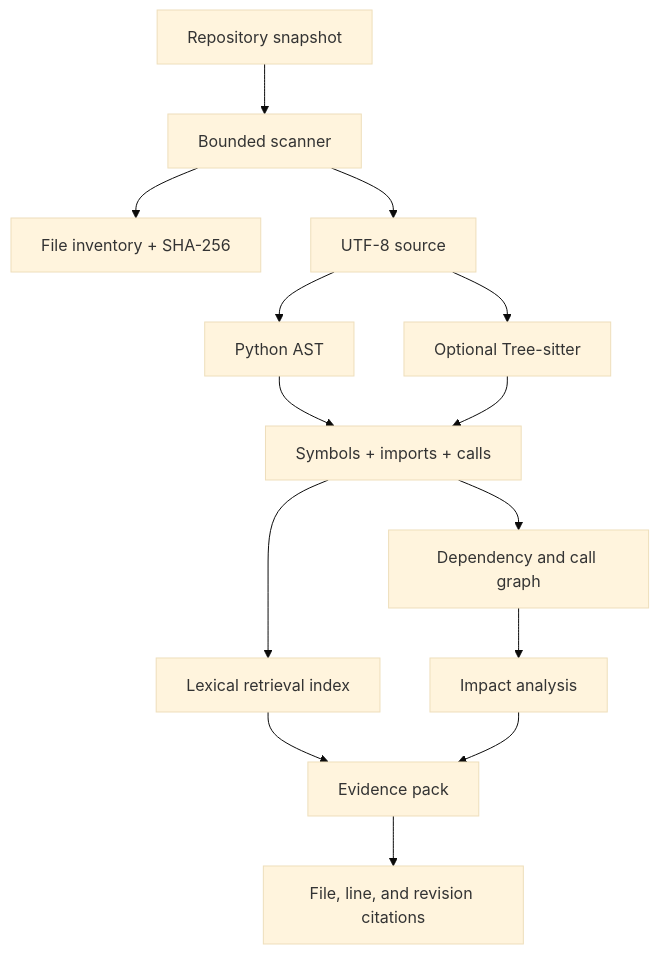
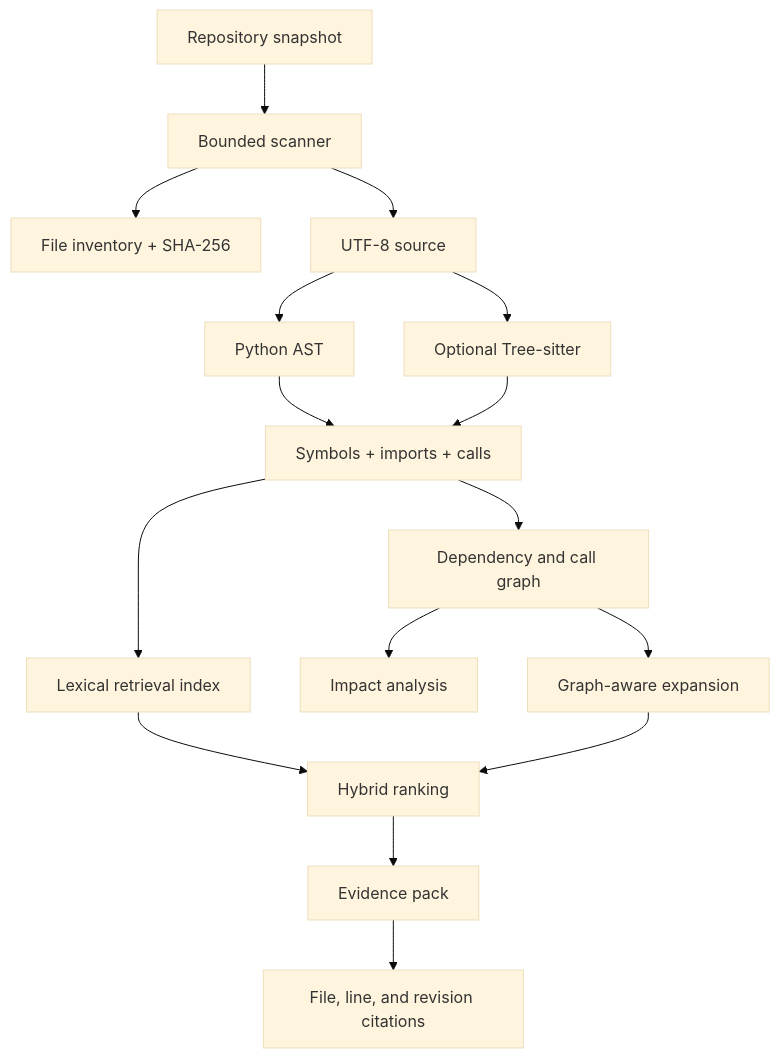
One commit to archivesofkrish/repoatlas-ai changed the diagram in README.md. Above: the diagram before and after it, drawn with Mermaid (base theme). The commit also changed other lines of this file and 31 other files, not shown here.

First line of the commit message:
feat: add graph-aware hybrid retrieval and evaluation

````diff
--- a/README.md
+++ b/README.md
@@ -138,16 +149,18 @@
 ```mermaid
 flowchart TD
     A[Repository snapshot] --> B[Bounded scanner]
     B --> C[File inventory + SHA-256]
     B --> D[UTF-8 source]
     D --> E[Python AST]
     D --> F[Optional Tree-sitter]
     E --> G[Symbols + imports + calls]
     F --> G
     G --> H[Dependency and call graph]
     G --> I[Lexical retrieval index]
     H --> J[Impact analysis]
-    I --> K[Evidence pack]
-    J --> K
-    K --> L[File, line, and revision citations]
+    H --> K[Graph-aware expansion]
+    I --> L[Hybrid ranking]
+    K --> L
+    L --> M[Evidence pack]
+    M --> N[File, line, and revision citations]
 ```
````
